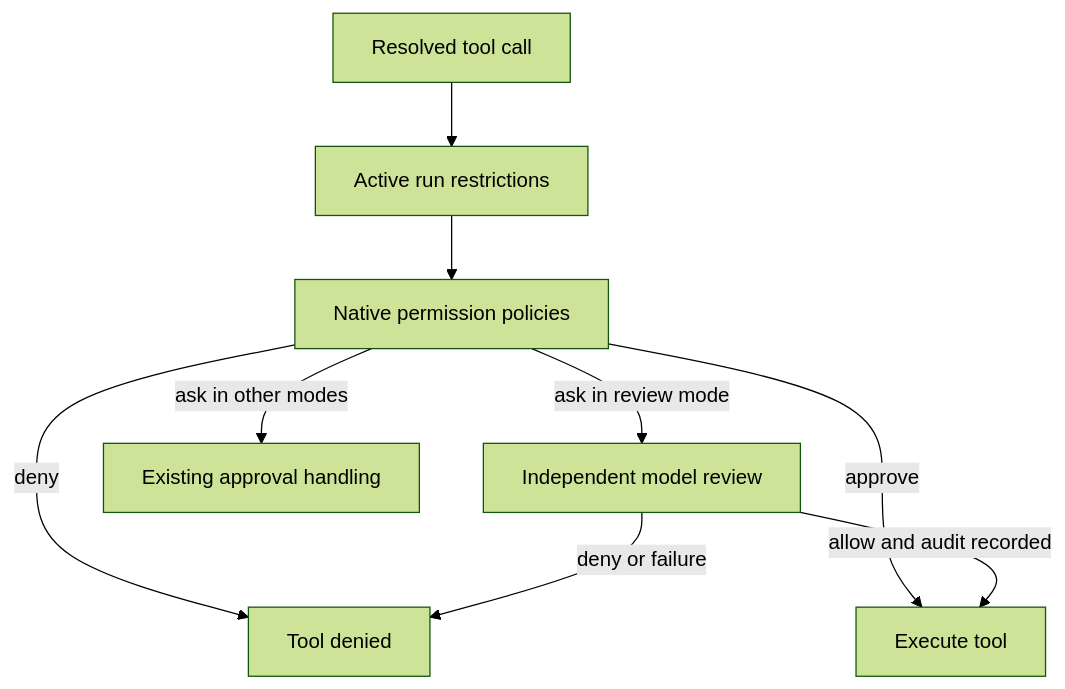
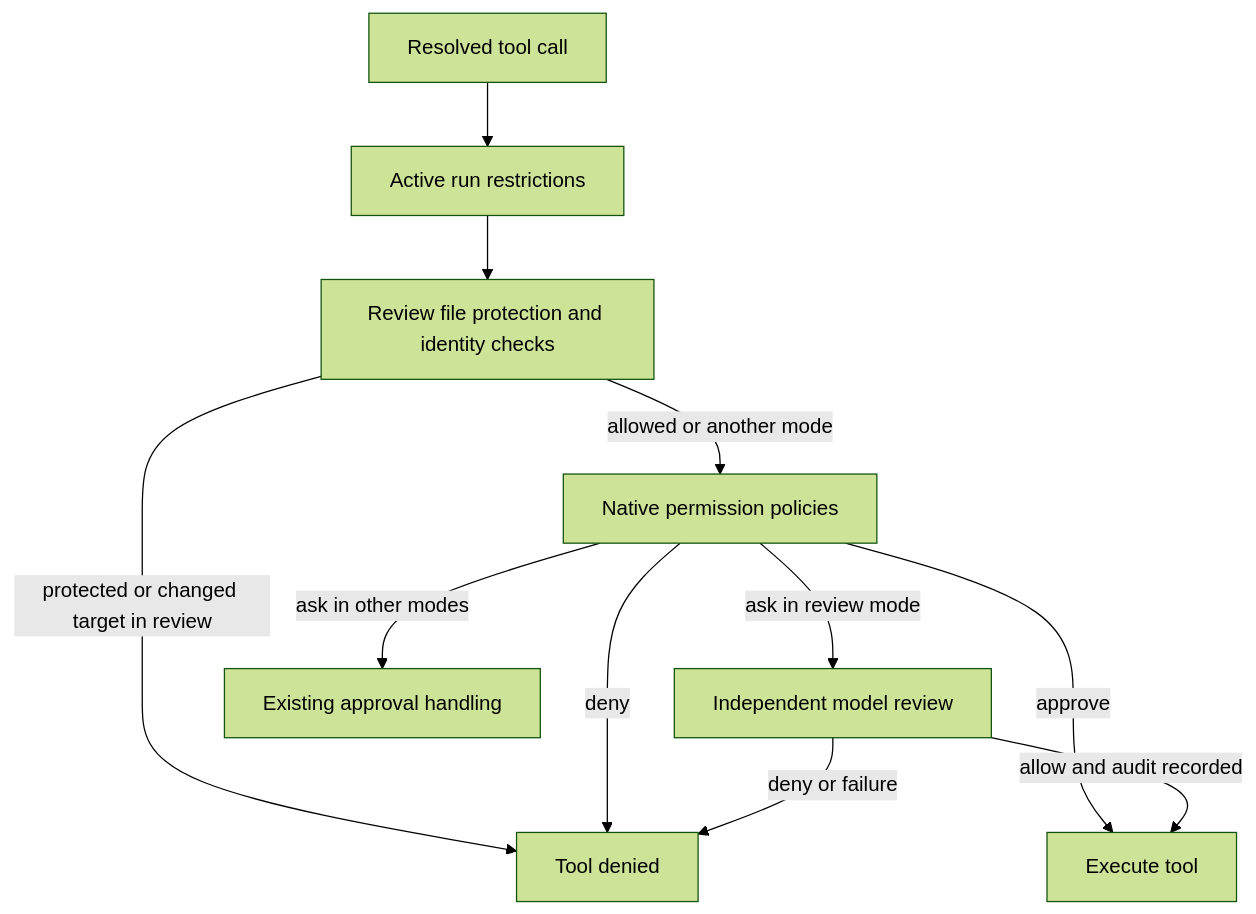
The diagram in packages/agent-core-v2/docs/approval-review.md (FrostNovaOrg/AutoKimi), drawn with Mermaid (forest theme) before and after one commit. The commit also changed other lines of this file and 14 other files, not shown here.

Commit message:
fix: enforce protected file checks and bind reviewed writes

````diff
--- a/packages/agent-core-v2/docs/approval-review.md
+++ b/packages/agent-core-v2/docs/approval-review.md
@@ -9,11 +9,13 @@
 ```mermaid
 flowchart TD
     Tool[Resolved tool call] --> Headless[Active run restrictions]
-    Headless --> Policy[Native permission policies]
-    Policy -->|deny| Denied[Tool denied]
+    Headless --> Guard[Review file protection and identity checks]
+    Guard -->|protected or changed target in review| Denied[Tool denied]
+    Guard -->|allowed or another mode| Policy[Native permission policies]
+    Policy -->|deny| Denied
     Policy -->|approve| Run[Execute tool]
     Policy -->|ask in review mode| Review[Independent model review]
     Review -->|allow and audit recorded| Run
     Review -->|deny or failure| Denied
     Policy -->|ask in other modes| Existing[Existing approval handling]
 ```
````
